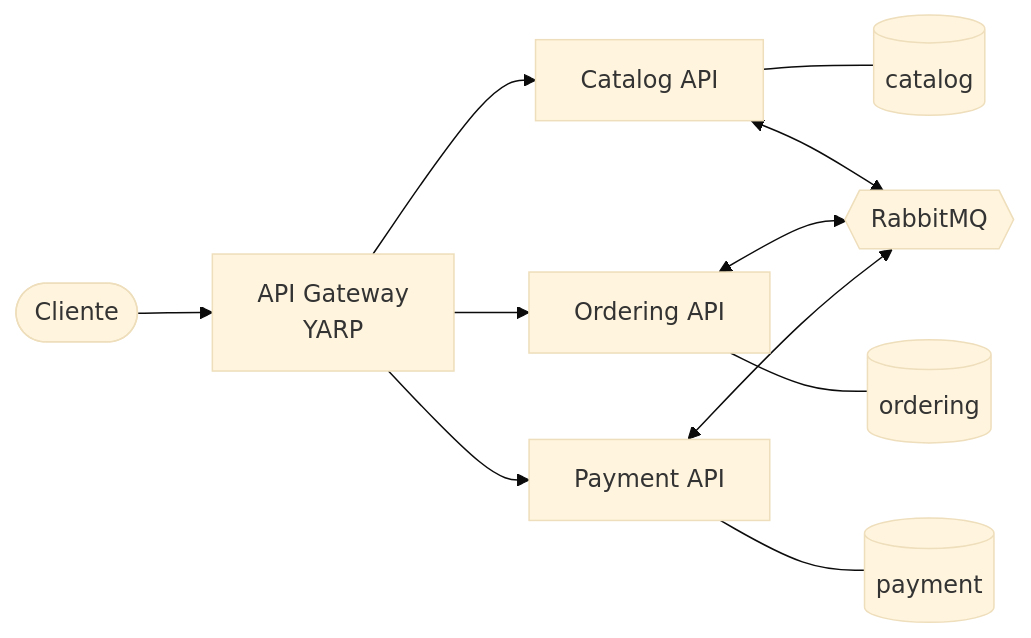
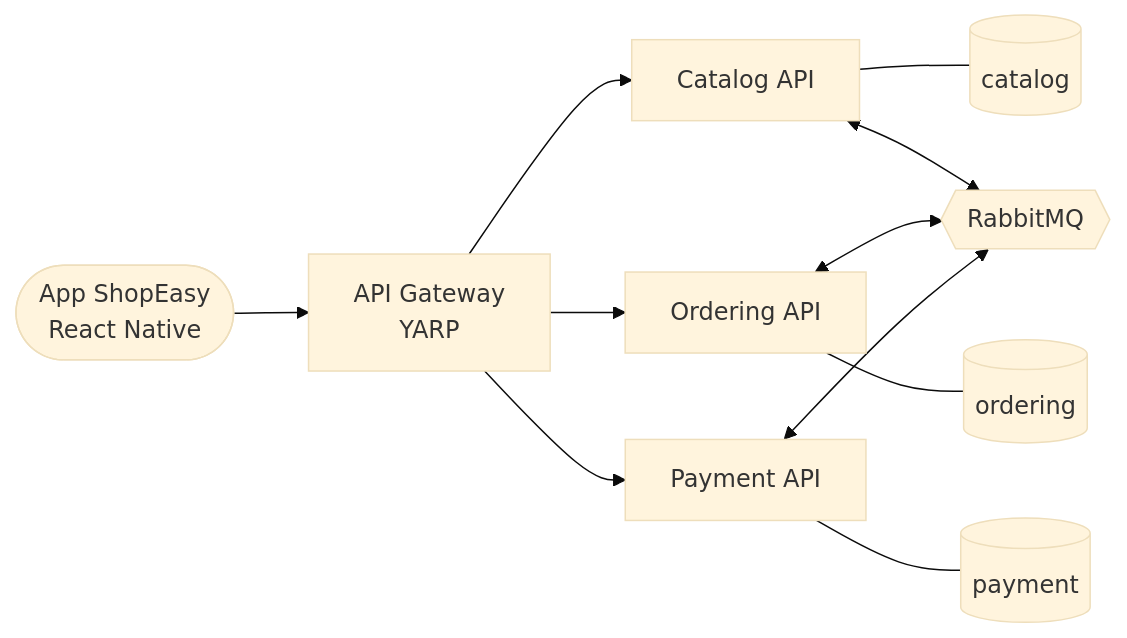
The second of 2 diagrams in README.md (lucasampaio10/shopeasy), drawn with Mermaid (base theme) before and after one commit. The commit also changed other lines of this file and 189 other files, not shown here.

First line of the commit message:
feat: adiciona app React Native e reestrutura o repositorio

````diff
--- a/README.md
+++ b/README.md
@@ -42,13 +42,13 @@
 ```mermaid
 flowchart LR
-    Client([Cliente]) --> Gateway[API Gateway<br/>YARP]
+    Client([App ShopEasy<br/>React Native]) --> Gateway[API Gateway<br/>YARP]
     Gateway --> Catalog[Catalog API]
     Gateway --> Ordering[Ordering API]
     Gateway --> Payment[Payment API]
     Catalog --- CatalogDb[(catalog)]
     Ordering --- OrderingDb[(ordering)]
     Payment --- PaymentDb[(payment)]
     Catalog <--> Bus{{RabbitMQ}}
     Ordering <--> Bus
     Payment <--> Bus
 ```
````
